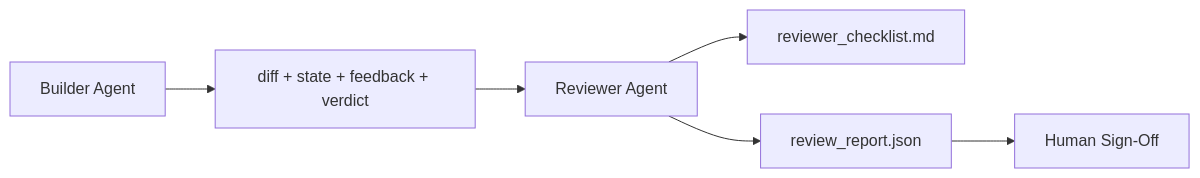
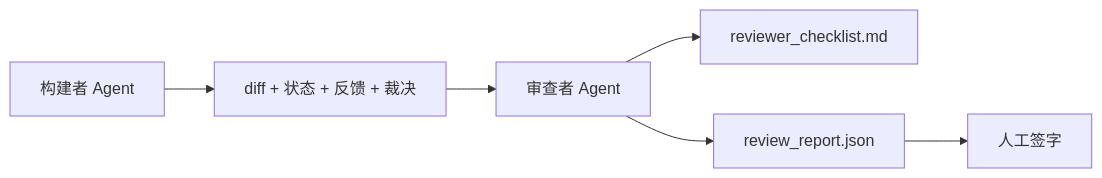
Before and after one commit to alessandrodinisio-ai/ai-engineering-learning-framework: the diagram in phases/14-agent-engineering/39-reviewer-agent/docs/zh.md, drawn with Mermaid. The commit also changed 120 other files, not shown here.

First line of the commit message:
i18n(mermaid): 337 个 mermaid 图表标签中文化

````diff
--- a/phases/14-agent-engineering/39-reviewer-agent/docs/zh.md
+++ b/phases/14-agent-engineering/39-reviewer-agent/docs/zh.md
@@ -25,8 +25,8 @@
 ```mermaid
 flowchart LR
-  Builder[Builder Agent] --> Artifacts[diff + state + feedback + verdict]
-  Artifacts --> Reviewer[Reviewer Agent]
+  Builder[构建者 Agent] --> Artifacts[diff + 状态 + 反馈 + 裁决]
+  Artifacts --> Reviewer[审查者 Agent]
   Reviewer --> Rubric[reviewer_checklist.md]
   Reviewer --> Report[review_report.json]
-  Report --> Human[Human Sign-Off]
+  Report --> Human[人工签字]
 ```
````
